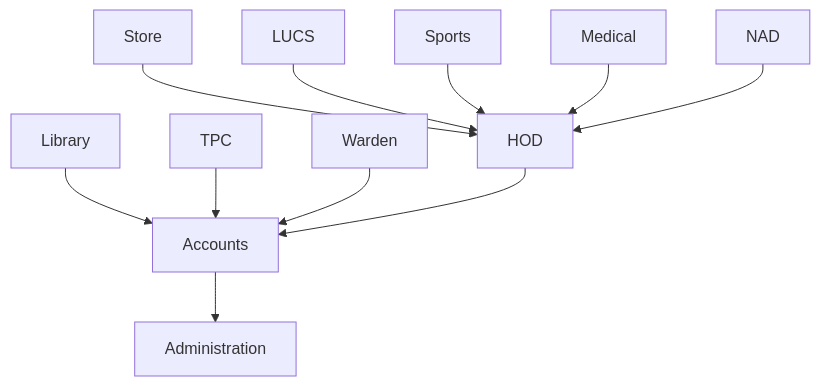
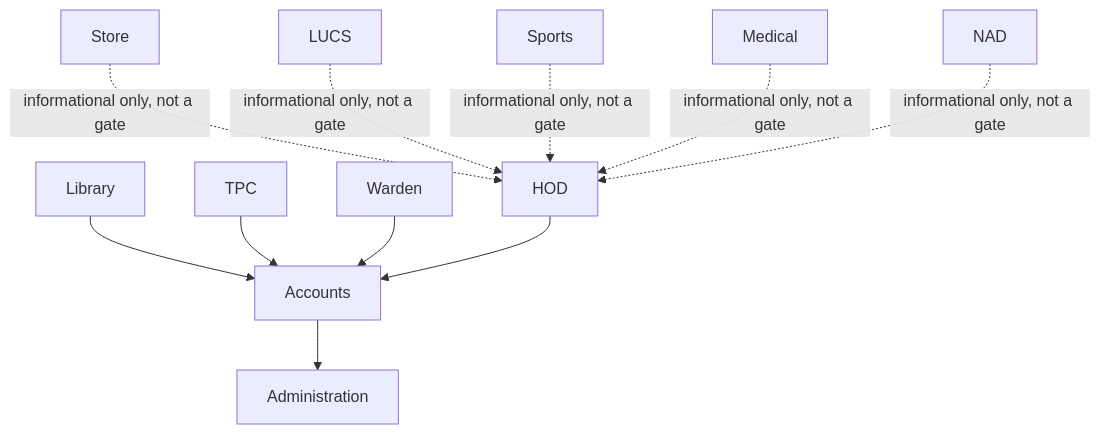
Before and after one commit to manashatwar/LNMIIT-NO-DUES-PORTAL: the second of 4 diagrams in docs/DESIGN.md, drawn with Mermaid. The commit also changed other lines of this file and 8 other files, not shown here.

````diff
--- a/docs/DESIGN.md
+++ b/docs/DESIGN.md
@@ -159,13 +155,19 @@
 ```mermaid
 flowchart TD
-    STO[Store] --> HOD
-    LUCS[LUCS] --> HOD
-    SPO[Sports] --> HOD
-    MED[Medical] --> HOD
-    NAD[NAD] --> HOD
+    STO[Store]
+    LUCS[LUCS]
+    SPO[Sports]
+    MED[Medical]
+    NAD[NAD]
     LIB[Library] --> ACC[Accounts]
     TPC[TPC] --> ACC
     WAR[Warden] --> ACC
     HOD[HOD] --> ACC
     ACC --> ADM[Administration]
+
+    STO -.->|informational only, not a gate| HOD
+    LUCS -.->|informational only, not a gate| HOD
+    SPO -.->|informational only, not a gate| HOD
+    MED -.->|informational only, not a gate| HOD
+    NAD -.->|informational only, not a gate| HOD
 ```
````
